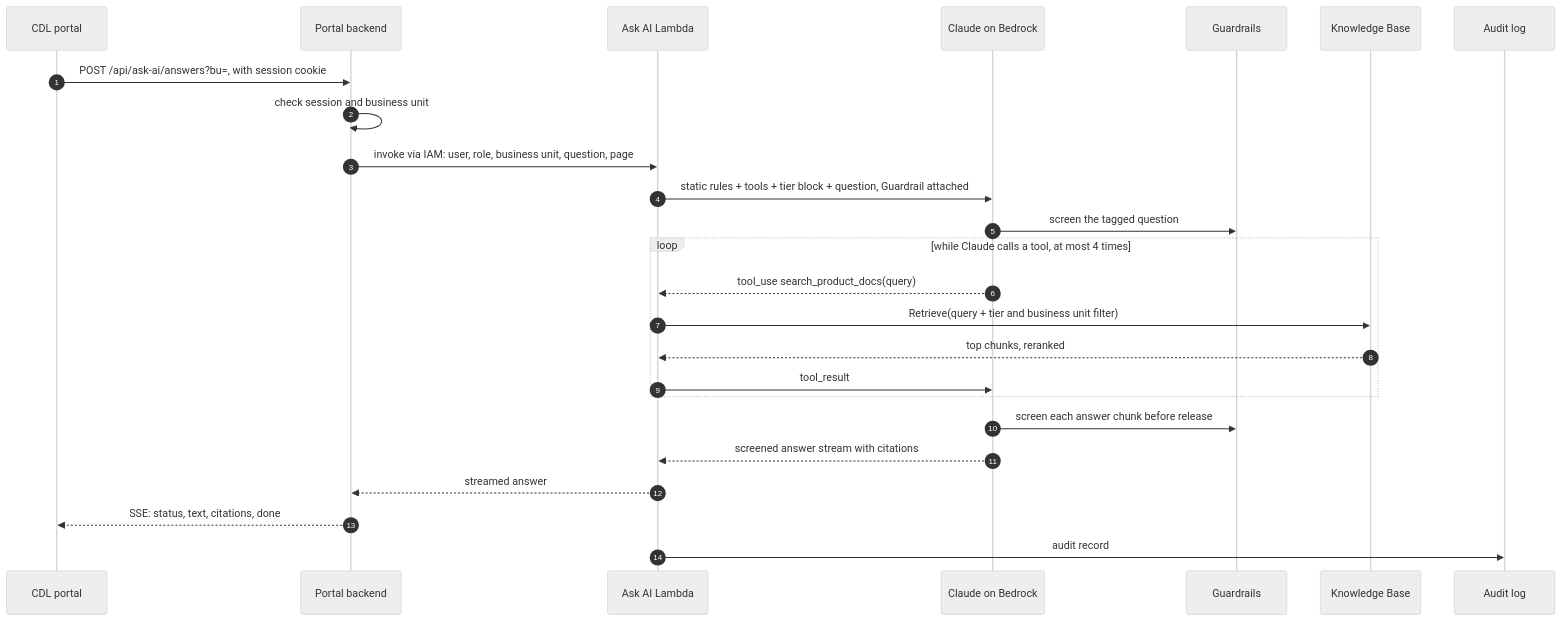
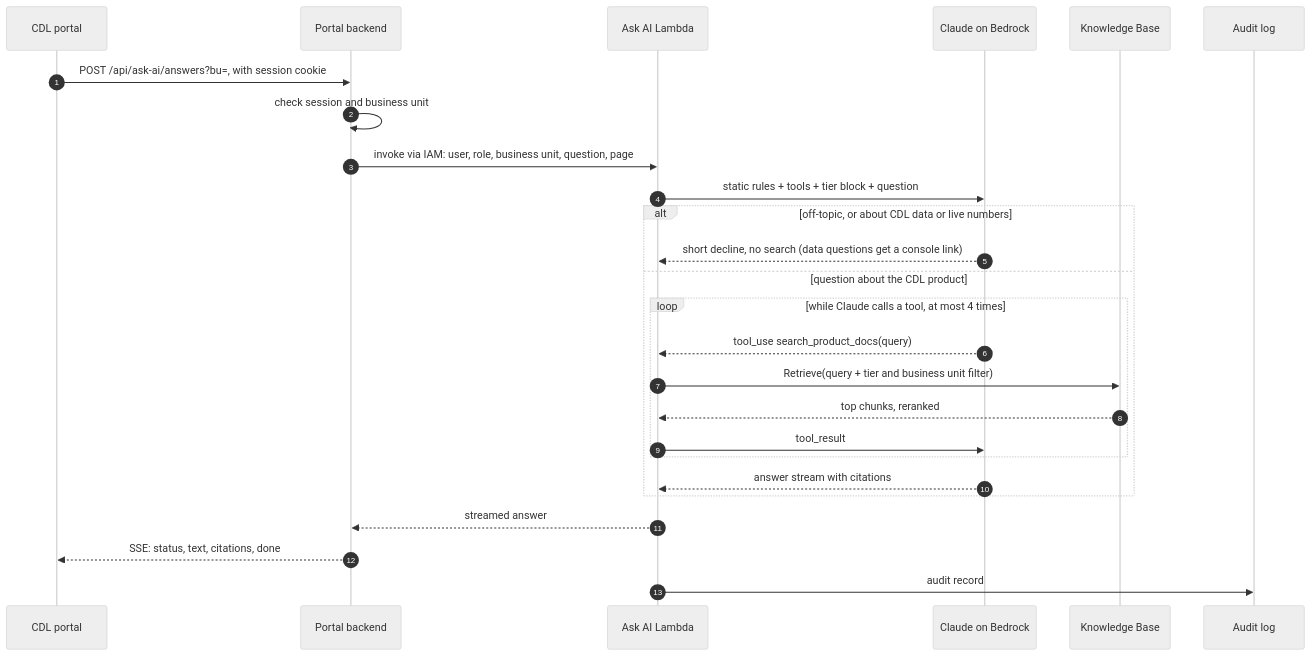
The second of 5 diagrams in docs/ASK_AI_PLAN.md (rutvik-madtech/newscorp-ask-ai), drawn with Mermaid (neutral theme) before and after one commit. The commit also changed other lines of this file and 1 other file, not shown here.

First line of the commit message:
Ask AI plan: no Bedrock Guardrails in phase 1, Claude declines off-topic questions

````diff
--- a/docs/ASK_AI_PLAN.md
+++ b/docs/ASK_AI_PLAN.md
@@ -214,27 +212,28 @@
 ```mermaid
 sequenceDiagram
   autonumber
   participant UI as CDL portal
   participant PB as Portal backend
   participant O as Ask AI Lambda
   participant C as Claude on Bedrock
-  participant G as Guardrails
   participant KB as Knowledge Base
   participant L as Audit log
   UI->>PB: POST /api/ask-ai/answers?bu=, with session cookie
   PB->>PB: check session and business unit
   PB->>O: invoke via IAM: user, role, business unit, question, page
-  O->>C: static rules + tools + tier block + question, Guardrail attached
-  C->>G: screen the tagged question
-  loop while Claude calls a tool, at most 4 times
-    C-->>O: tool_use search_product_docs(query)
-    O->>KB: Retrieve(query + tier and business unit filter)
-    KB-->>O: top chunks, reranked
-    O->>C: tool_result
+  O->>C: static rules + tools + tier block + question
+  alt off-topic, or about CDL data or live numbers
+    C-->>O: short decline, no search (data questions get a console link)
+  else question about the CDL product
+    loop while Claude calls a tool, at most 4 times
+      C-->>O: tool_use search_product_docs(query)
+      O->>KB: Retrieve(query + tier and business unit filter)
+      KB-->>O: top chunks, reranked
+      O->>C: tool_result
+    end
+    C-->>O: answer stream with citations
   end
-  C->>G: screen each answer chunk before release
-  C-->>O: screened answer stream with citations
   O-->>PB: streamed answer
   PB-->>UI: SSE: status, text, citations, done
   O->>L: audit record
 ```
````
